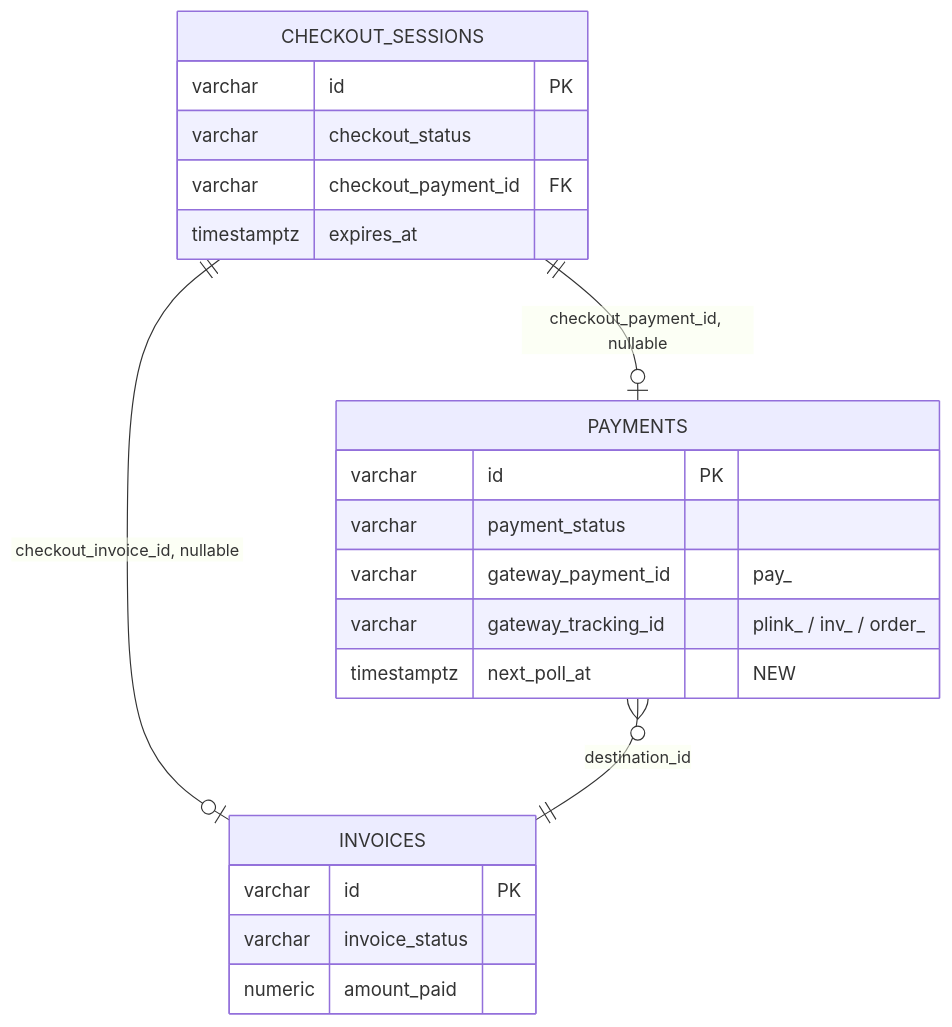
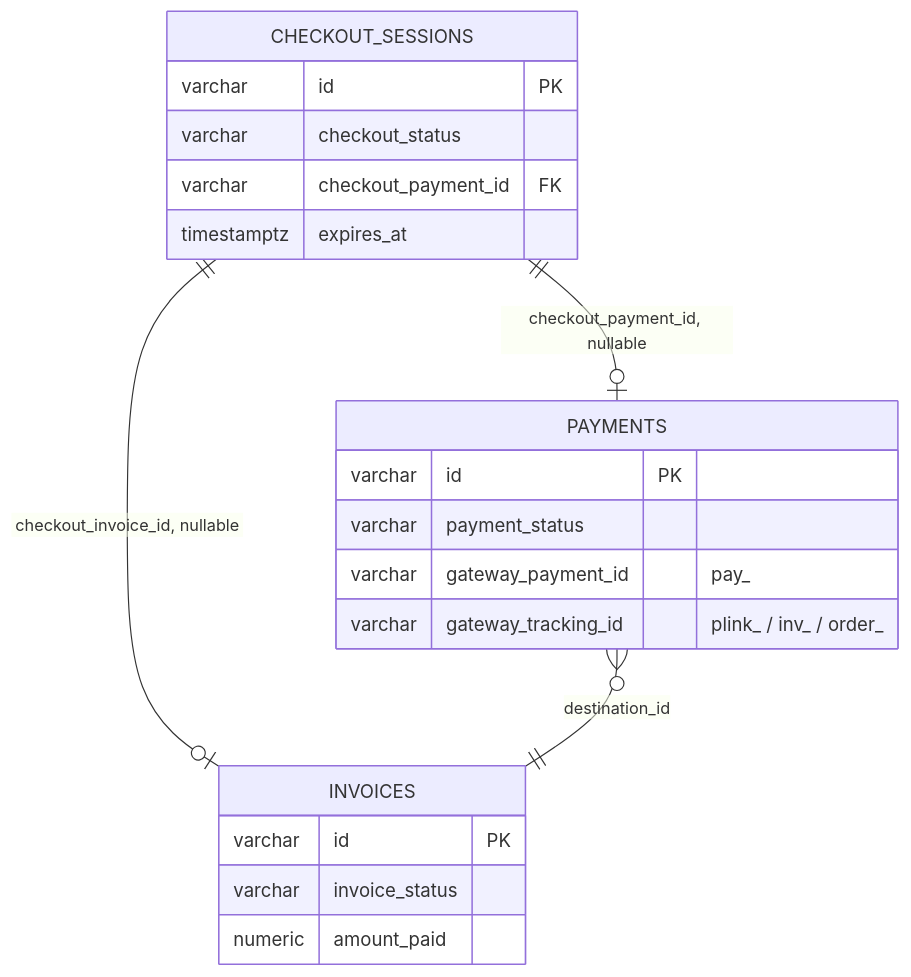
One commit to flexprice/flexprice changed the fourth of 6 diagrams in docs/design/2026-08-07-checkout-polling-api.md. Above: the diagram before and after it, drawn with Mermaid. The commit also changed other lines of this file, not shown here.

````diff
--- a/docs/design/2026-08-07-checkout-polling-api.md
+++ b/docs/design/2026-08-07-checkout-polling-api.md
@@ -286,25 +224,24 @@
 ```mermaid
 erDiagram
     CHECKOUT_SESSIONS ||--o| PAYMENTS : "checkout_payment_id, nullable"
     CHECKOUT_SESSIONS ||--o| INVOICES : "checkout_invoice_id, nullable"
     PAYMENTS }o--|| INVOICES : "destination_id"
 
     CHECKOUT_SESSIONS {
         varchar id PK
         varchar checkout_status
         varchar checkout_payment_id FK
         timestamptz expires_at
     }
     PAYMENTS {
         varchar id PK
         varchar payment_status
         varchar gateway_payment_id "pay_"
         varchar gateway_tracking_id "plink_ / inv_ / order_"
-        timestamptz next_poll_at "NEW"
     }
     INVOICES {
         varchar id PK
         varchar invoice_status
         numeric amount_paid
     }
 ```
````
